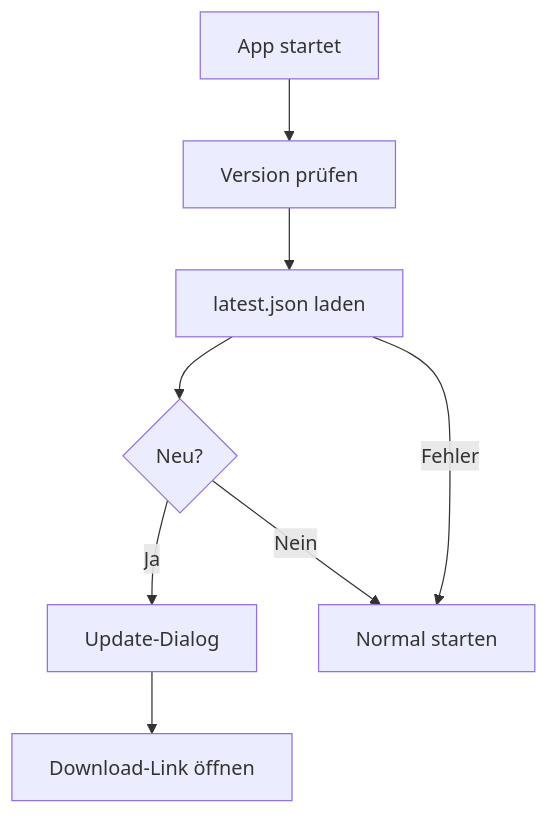
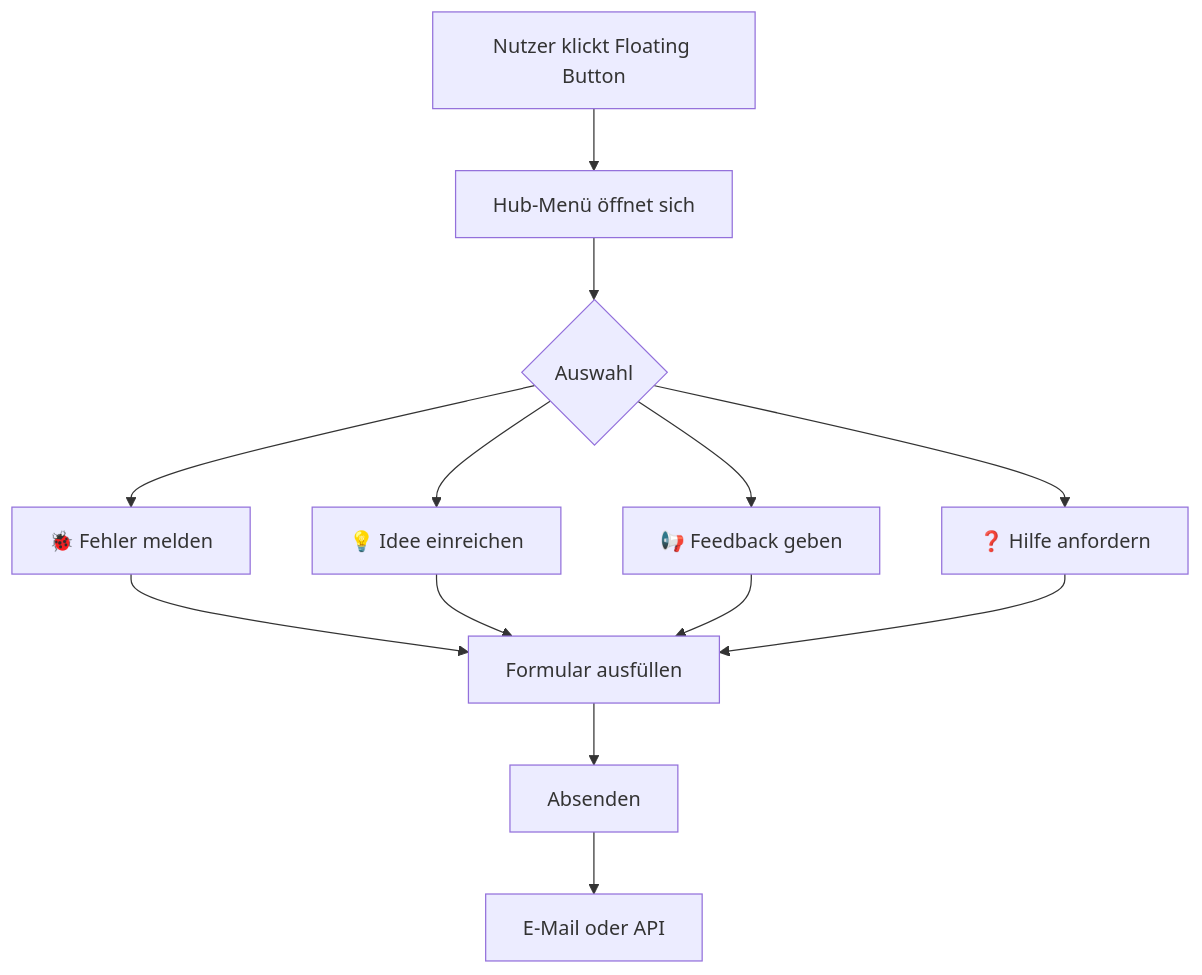
One commit to MichaelGahnDESIGN/MGD-Bugreport-Skill changed the second of 2 diagrams in README.md. Above: the diagram before and after it, drawn with Mermaid. The commit also changed other lines of this file and 76 other files, not shown here.

````diff
--- a/README.md
+++ b/README.md
@@ -176,10 +175,15 @@
 ```mermaid
 flowchart TD
-    A[App startet] --> B[Version prüfen]
-    B --> C[latest.json laden]
-    C --> D{Neu?}
-    D -- Ja --> E[Update-Dialog]
-    D -- Nein --> F[Normal starten]
-    E --> G[Download-Link öffnen]
-    C -- Fehler --> F
+    A[Nutzer klickt Floating Button] --> B[Hub-Menü öffnet sich]
+    B --> C{Auswahl}
+    C --> D[🐞 Fehler melden]
+    C --> E[💡 Idee einreichen]
+    C --> F[📢 Feedback geben]
+    C --> G[❓ Hilfe anfordern]
+    D --> H[Formular ausfüllen]
+    E --> H
+    F --> H
+    G --> H
+    H --> I[Absenden]
+    I --> J[E-Mail oder API]
 ```
````
